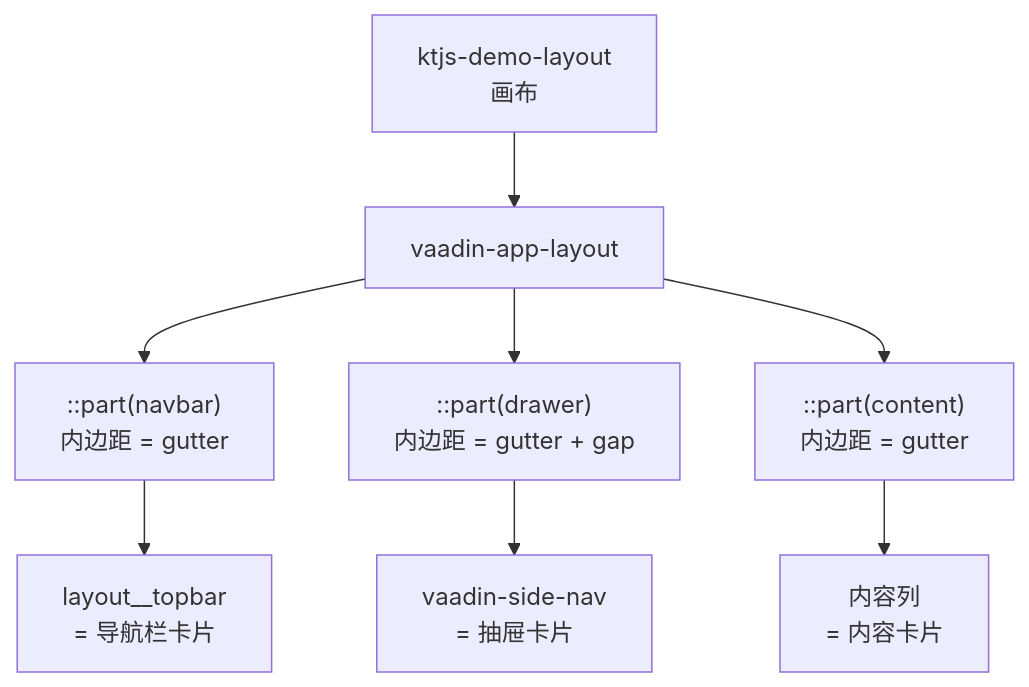
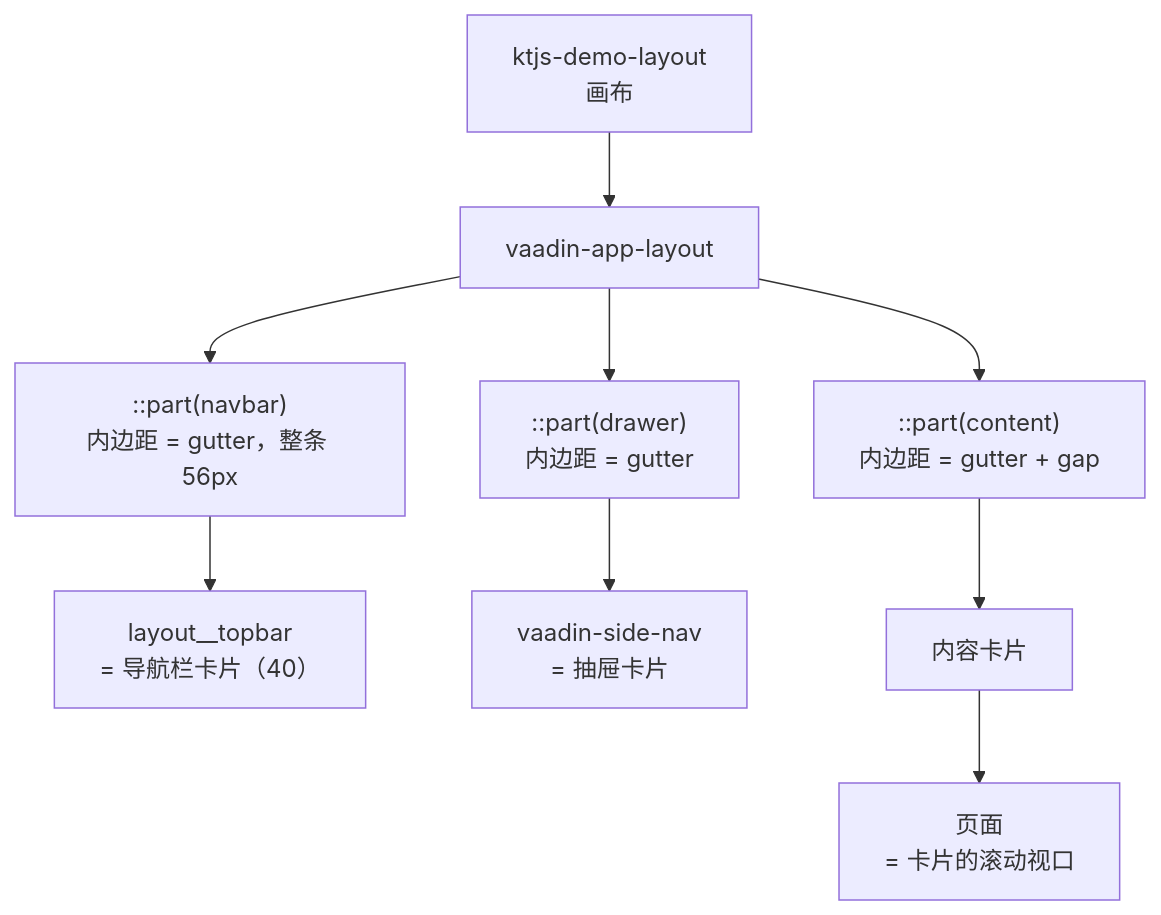
One commit to shijianjs/ktjs-dom-kit changed the second of 3 diagrams in docs/src/jsMain/resources/i18n/zh-Hans/docusaurus-plugin-content-docs/current/demo-kit/overview.md. Above: the diagram before and after it, drawn with Mermaid. The commit also changed other lines of this file and 4 other files, not shown here.

````diff
--- a/docs/src/jsMain/resources/i18n/zh-Hans/docusaurus-plugin-content-docs/current/demo-kit/overview.md
+++ b/docs/src/jsMain/resources/i18n/zh-Hans/docusaurus-plugin-content-docs/current/demo-kit/overview.md
@@ -48,10 +48,10 @@
 ```mermaid
 flowchart TB
   H["ktjs-demo-layout<br/>画布"] --> A["vaadin-app-layout"]
-  A --> NP["::part(navbar)<br/>内边距 = gutter"]
-  NP --> NC["layout__topbar<br/>= 导航栏卡片"]
-  A --> DP["::part(drawer)<br/>内边距 = gutter + gap"]
+  A --> NP["::part(navbar)<br/>内边距 = gutter，整条 56px"]
+  NP --> NC["layout__topbar<br/>= 导航栏卡片（40）"]
+  A --> DP["::part(drawer)<br/>内边距 = gutter"]
   DP --> DC["vaadin-side-nav<br/>= 抽屉卡片"]
-  A --> CP["::part(content)<br/>内边距 = gutter"]
-  CP --> CC["内容列<br/>= 内容卡片"]
+  A --> CP["::part(content)<br/>内边距 = gutter + gap"]
+  CP --> CC["内容卡片"] --> P["页面<br/>= 卡片的滚动视口"]
 ```
````
